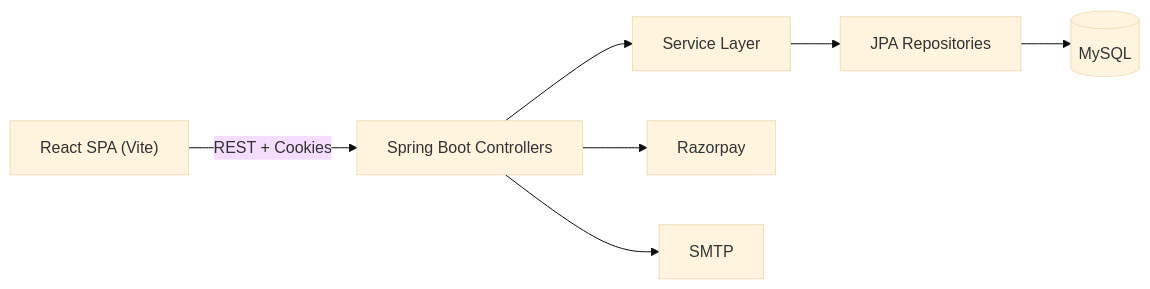
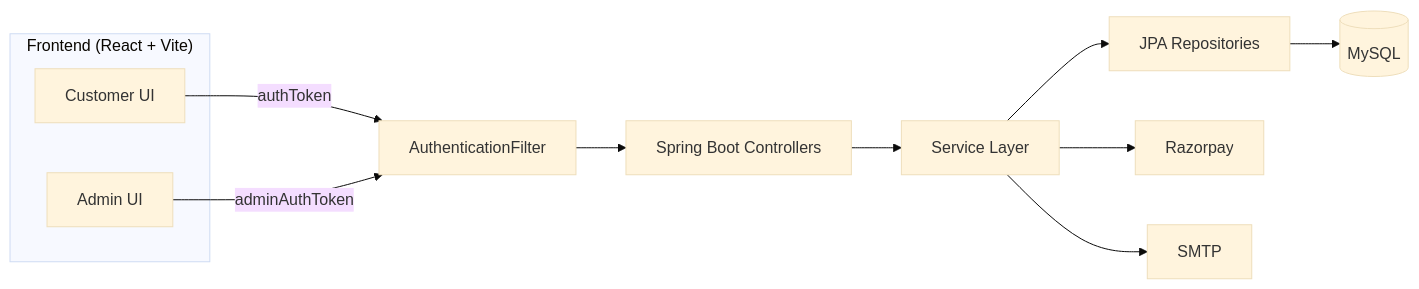
Before and after one commit to annnuuupam/NexCart: the diagram in NexCart_Documentation.md, drawn with Mermaid (base theme). The commit also changed other lines of this file and 41 other files, not shown here.

````diff
--- a/NexCart_Documentation.md
+++ b/NexCart_Documentation.md
@@ -39,9 +39,23 @@
 ```mermaid
 flowchart LR
-  UI["React SPA (Vite)"] -->|REST + Cookies| API["Spring Boot Controllers"]
-  API --> SVC["Service Layer"]
-  SVC --> REPO["JPA Repositories"]
-  REPO --> DB[("MySQL")]
-  API --> RP["Razorpay"]
-  API --> SMTP["SMTP"]
+  subgraph FE["Frontend (React + Vite)"]
+    CUST["Customer UI"]
+    ADMIN["Admin UI"]
+  end
+  FILTER["AuthenticationFilter"]
+  API["Spring Boot Controllers"]
+  SVC["Service Layer"]
+  REPO["JPA Repositories"]
+  DB[("MySQL")]
+  RP["Razorpay"]
+  SMTP["SMTP"]
+
+  CUST -->|authToken| FILTER
+  ADMIN -->|adminAuthToken| FILTER
+  FILTER --> API
+  API --> SVC
+  SVC --> REPO
+  REPO --> DB
+  SVC --> RP
+  SVC --> SMTP
 ```
````
